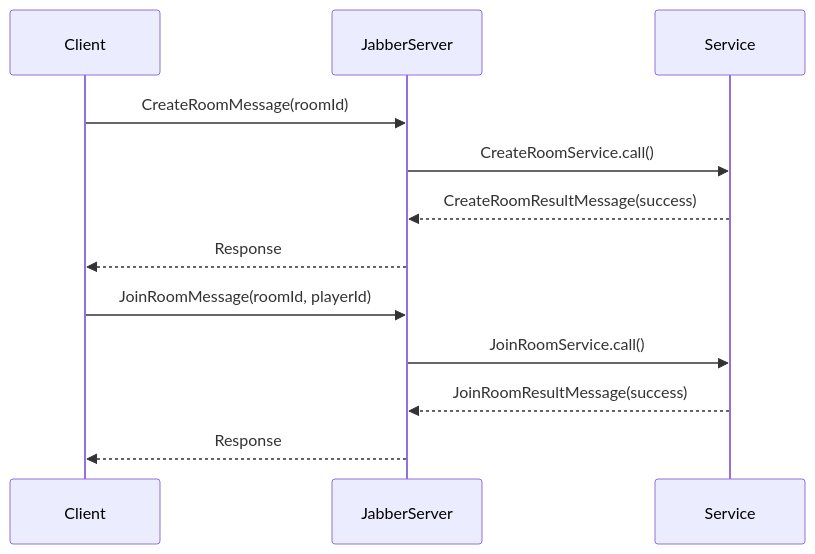
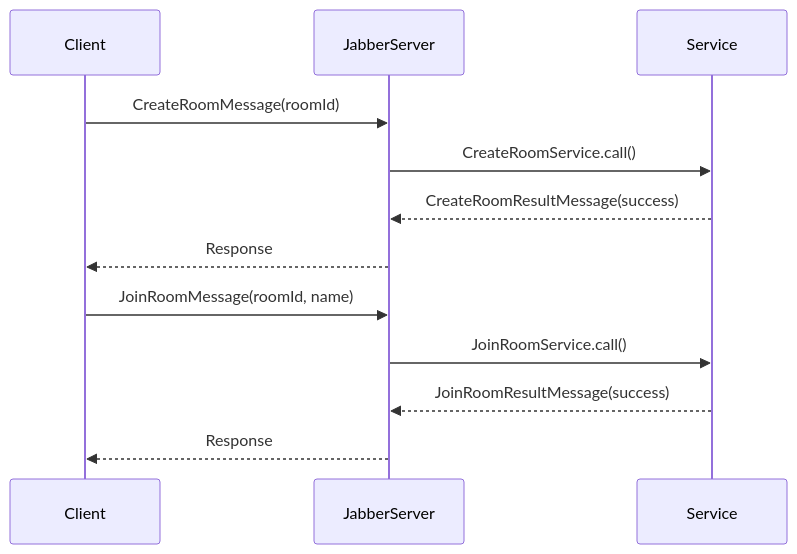
One commit to doguto/waseda-soft-exp changed the second of 8 diagrams in docs/game_flow.md. Above: the diagram before and after it, drawn with Mermaid. The commit also changed other lines of this file and 99 other files, not shown here.

````diff
--- a/docs/game_flow.md
+++ b/docs/game_flow.md
@@ -82,16 +82,16 @@
 ```mermaid
 sequenceDiagram
     participant C as Client
     participant J as JabberServer
     participant SVC as Service
 
     C->>J: CreateRoomMessage(roomId)
     J->>SVC: CreateRoomService.call()
     SVC-->>J: CreateRoomResultMessage(success)
     J-->>C: Response
 
-    C->>J: JoinRoomMessage(roomId, playerId)
+    C->>J: JoinRoomMessage(roomId, name)
     J->>SVC: JoinRoomService.call()
     SVC-->>J: JoinRoomResultMessage(success)
     J-->>C: Response
 ```
````
